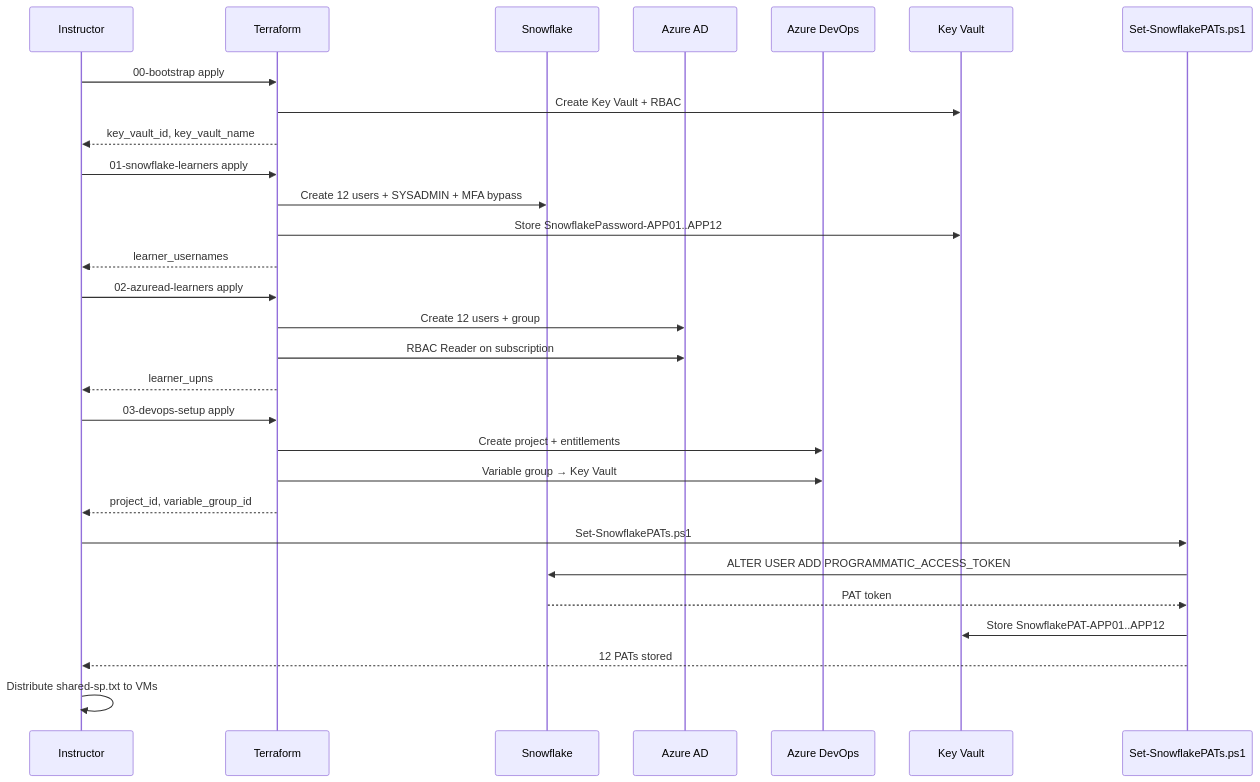
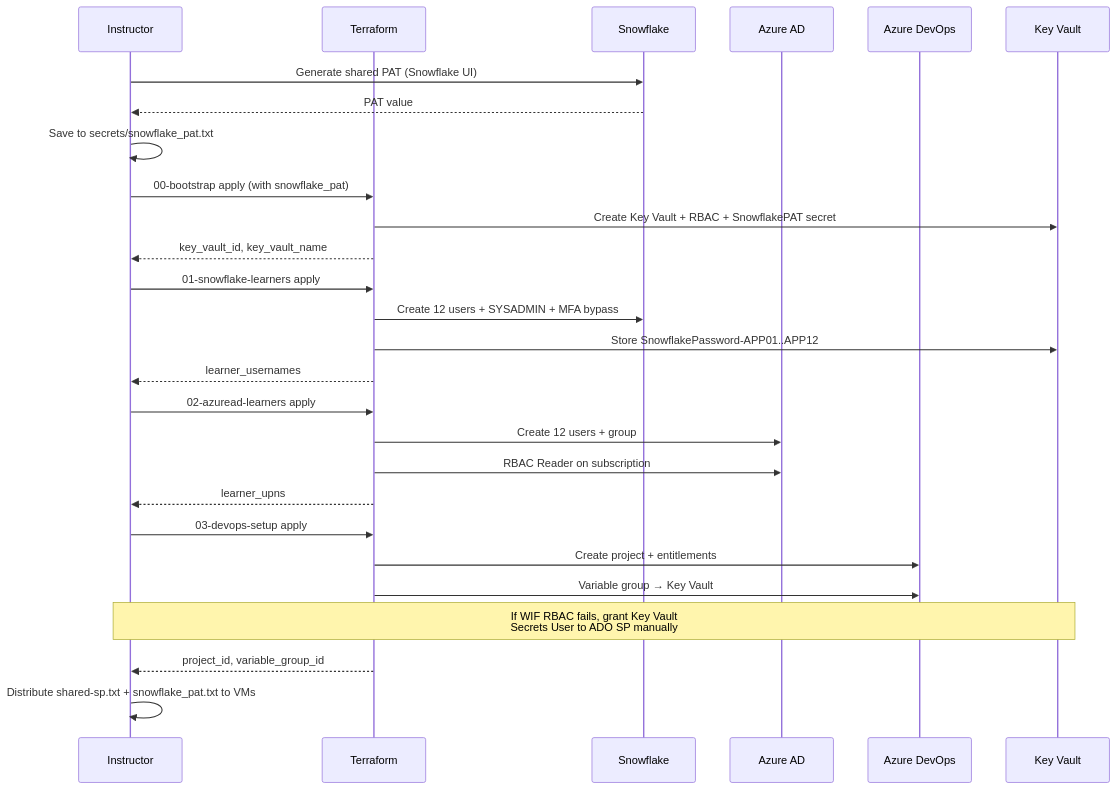
The second of 3 diagrams in courses/day-00/instructor-setup.md (msellamiTN/Snowflake-terraform), drawn with Mermaid before and after one commit. The commit also changed other lines of this file and 15 other files, not shown here.

First line of the commit message:
docs: migrate from per-learner PATs to shared PAT model with Key Vault-first authentication workflow

````diff
--- a/courses/day-00/instructor-setup.md
+++ b/courses/day-00/instructor-setup.md
@@ -389,37 +547,35 @@
 ```mermaid
 sequenceDiagram
     participant I as Instructor
     participant TF as Terraform
     participant SF as Snowflake
     participant AAD as Azure AD
     participant ADO as Azure DevOps
     participant KV as Key Vault
-    participant S as Set-SnowflakePATs.ps1
 
-    I->>TF: 00-bootstrap apply
-    TF->>KV: Create Key Vault + RBAC
+    I->>SF: Generate shared PAT (Snowflake UI)
+    SF-->>I: PAT value
+    I->>I: Save to secrets/snowflake_pat.txt
+
+    I->>TF: 00-bootstrap apply (with snowflake_pat)
+    TF->>KV: Create Key Vault + RBAC + SnowflakePAT secret
     TF-->>I: key_vault_id, key_vault_name
 
     I->>TF: 01-snowflake-learners apply
     TF->>SF: Create 12 users + SYSADMIN + MFA bypass
     TF->>KV: Store SnowflakePassword-APP01..APP12
     TF-->>I: learner_usernames
 
     I->>TF: 02-azuread-learners apply
     TF->>AAD: Create 12 users + group
     TF->>AAD: RBAC Reader on subscription
     TF-->>I: learner_upns
 
     I->>TF: 03-devops-setup apply
     TF->>ADO: Create project + entitlements
     TF->>ADO: Variable group → Key Vault
+    Note over I,KV: If WIF RBAC fails, grant Key Vault<br/>Secrets User to ADO SP manually
     TF-->>I: project_id, variable_group_id
 
-    I->>S: Set-SnowflakePATs.ps1
-    S->>SF: ALTER USER ADD PROGRAMMATIC_ACCESS_TOKEN
-    SF-->>S: PAT token
-    S->>KV: Store SnowflakePAT-APP01..APP12
-    S-->>I: 12 PATs stored
-
-    I->>I: Distribute shared-sp.txt to VMs
+    I->>I: Distribute shared-sp.txt + snowflake_pat.txt to VMs
 ```
````
